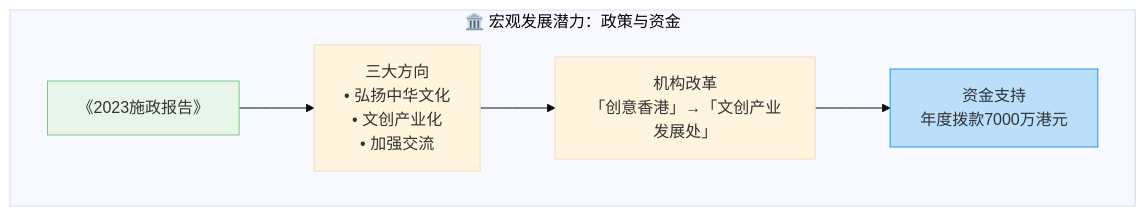
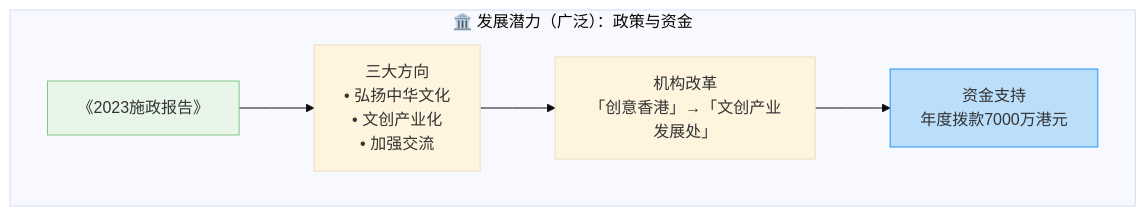
One commit to NaturalRice/git-demo changed the first of 3 diagrams in README.md. Above: the diagram before and after it, drawn with Mermaid (base theme).

````diff
--- a/README.md
+++ b/README.md
@@ -6,11 +6,11 @@
 ```mermaid
 flowchart TB
-    subgraph 政策支持["🏛️ 宏观发展潜力：政策与资金"]
+    subgraph 政策支持["🏛️ 发展潜力（广泛）：政策与资金"]
         direction LR
         A[《2023施政报告》] --> B["三大方向\n• 弘扬中华文化\n• 文创产业化\n• 加强交流"]
         B --> C["机构改革\n「创意香港」→「文创产业发展处」"]
         C --> D["资金支持\n年度拨款7000万港元"]
         style A fill:#e8f5e9,stroke:#81c784
         style D fill:#bbdefb,stroke:#2196f3
     end
 ```
````
